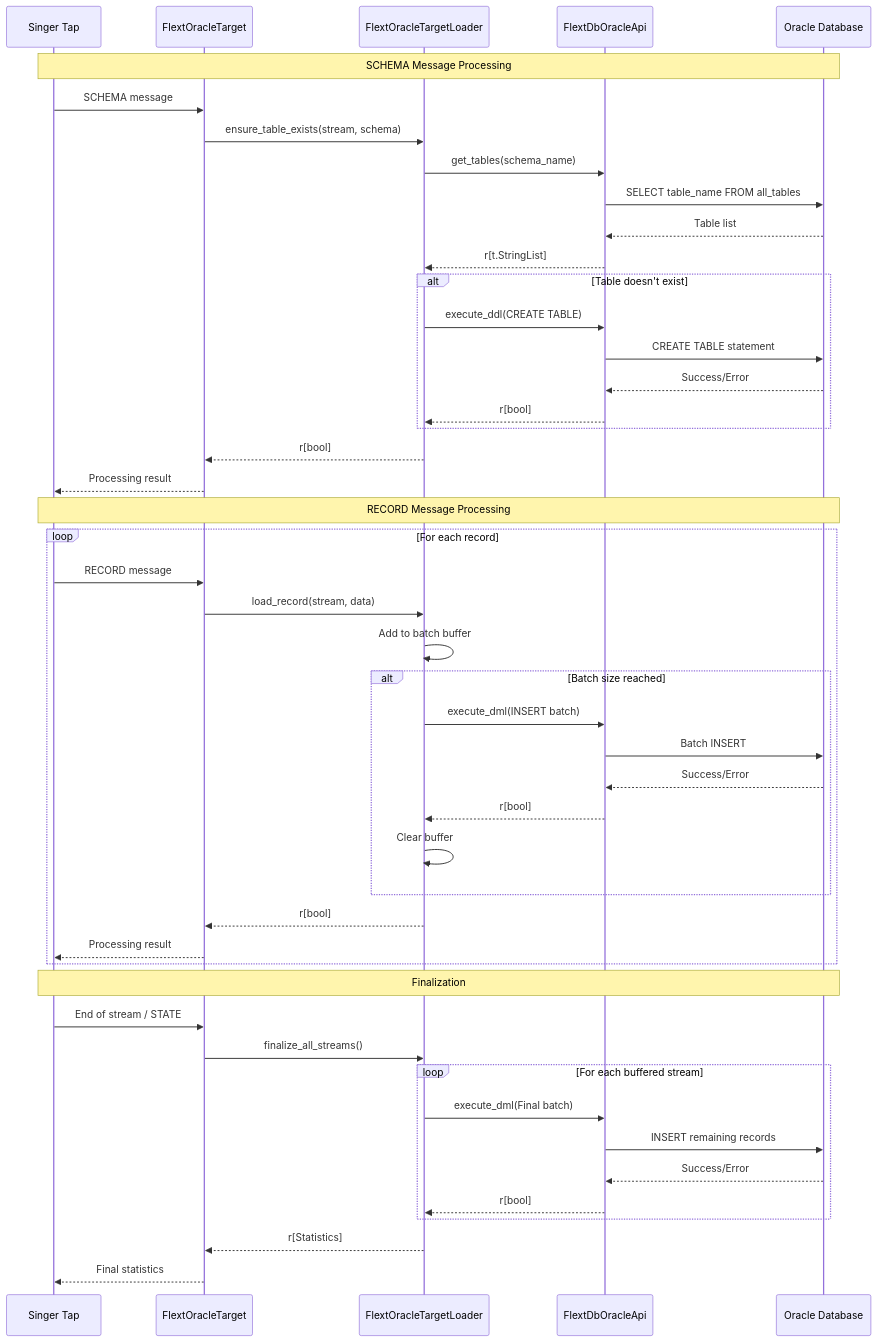
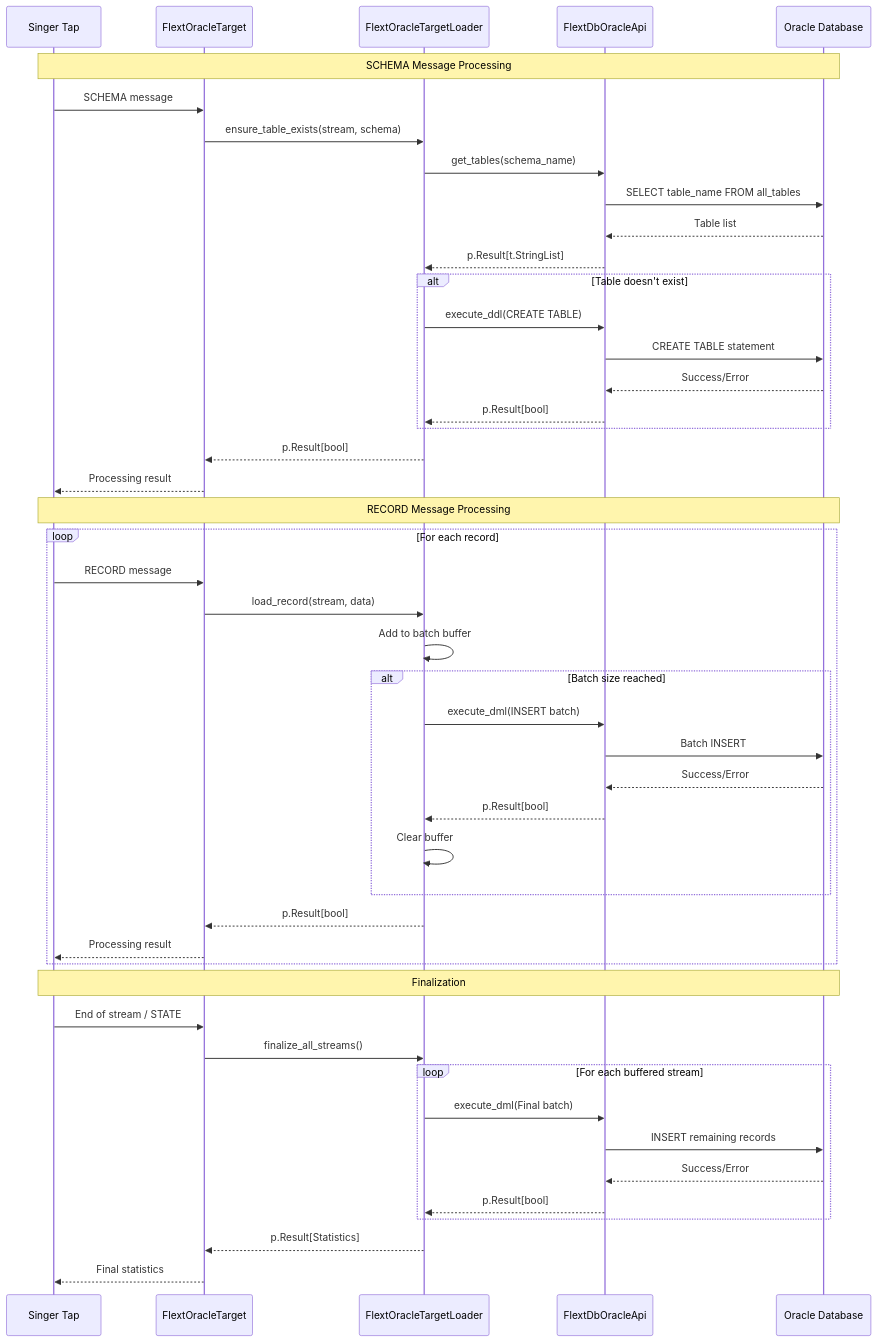
One commit to flext-sh/flext-target-oracle changed the first of 3 diagrams in docs/architecture.md. Above: the diagram before and after it, drawn with Mermaid. The commit also changed 5 other files, not shown here.

````diff
--- a/docs/architecture.md
+++ b/docs/architecture.md
@@ -218,58 +218,58 @@
 ```mermaid
 sequenceDiagram
     participant ST as Singer Tap
     participant FT as FlextOracleTarget
     participant FL as FlextOracleTargetLoader
     participant API as FlextDbOracleApi
     participant DB as Oracle Database
 
     Note over ST,DB: SCHEMA Message Processing
     ST->>FT: SCHEMA message
     FT->>FL: ensure_table_exists(stream, schema)
     FL->>API: get_tables(schema_name)
     API->>DB: SELECT table_name FROM all_tables
     DB-->>API: Table list
-    API-->>FL: r[t.StringList]
+    API-->>FL: p.Result[t.StringList]
 
     alt Table doesn't exist
         FL->>API: execute_ddl(CREATE TABLE)
         API->>DB: CREATE TABLE statement
         DB-->>API: Success/Error
-        API-->>FL: r[bool]
+        API-->>FL: p.Result[bool]
     end
 
-    FL-->>FT: r[bool]
+    FL-->>FT: p.Result[bool]
     FT-->>ST: Processing result
 
     Note over ST,DB: RECORD Message Processing
     loop For each record
         ST->>FT: RECORD message
         FT->>FL: load_record(stream, data)
         FL->>FL: Add to batch buffer
 
         alt Batch size reached
             FL->>API: execute_dml(INSERT batch)
             API->>DB: Batch INSERT
             DB-->>API: Success/Error
-            API-->>FL: r[bool]
+            API-->>FL: p.Result[bool]
             FL->>FL: Clear buffer
         end
 
-        FL-->>FT: r[bool]
+        FL-->>FT: p.Result[bool]
         FT-->>ST: Processing result
     end
 
     Note over ST,DB: Finalization
     ST->>FT: End of stream / STATE
     FT->>FL: finalize_all_streams()
 
     loop For each buffered stream
         FL->>API: execute_dml(Final batch)
         API->>DB: INSERT remaining records
         DB-->>API: Success/Error
-        API-->>FL: r[bool]
+        API-->>FL: p.Result[bool]
     end
 
-    FL-->>FT: r[Statistics]
+    FL-->>FT: p.Result[Statistics]
     FT-->>ST: Final statistics
 ```
````
